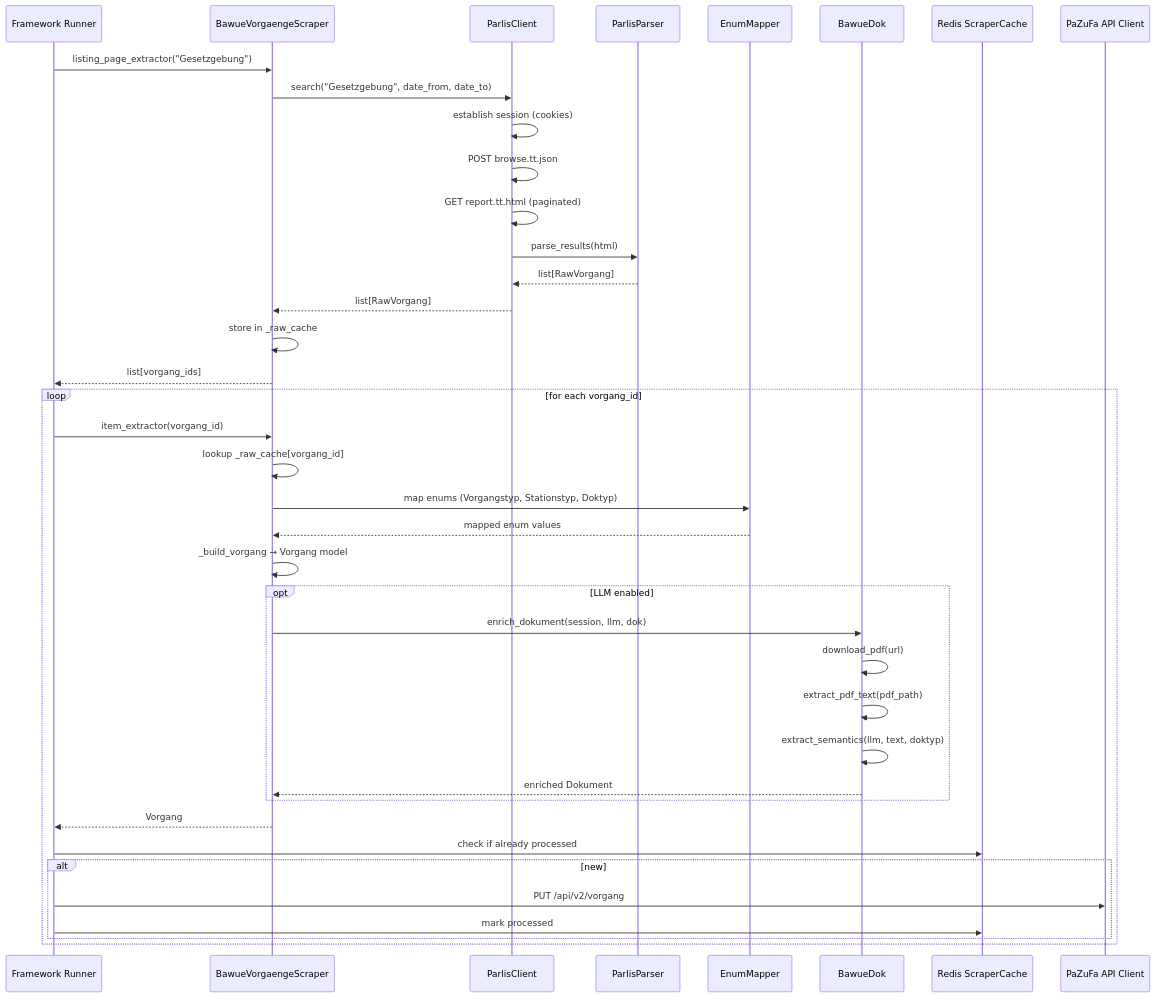
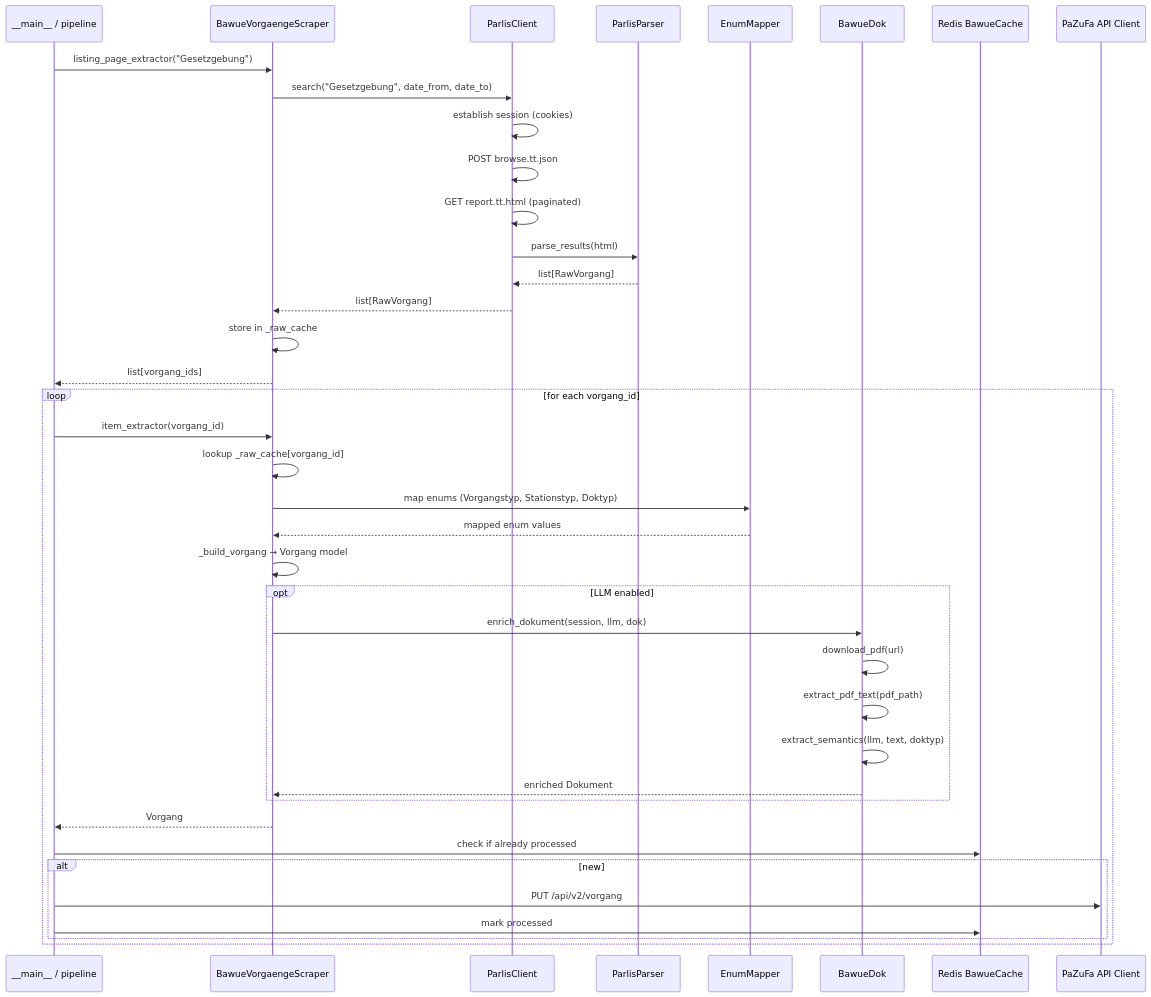
The fourth of 4 diagrams in docs/architecture.md (Parlamentszusammenfasser/pazufa-scraper-bw), drawn with Mermaid before and after one commit. The commit also changed other lines of this file and 9 other files, not shown here.

````diff
--- a/docs/architecture.md
+++ b/docs/architecture.md
@@ -280,46 +281,46 @@
 ```mermaid
 sequenceDiagram
-    participant FW as Framework Runner
+    participant FW as __main__ / pipeline
     participant BVS as BawueVorgaengeScraper
     participant PC as ParlisClient
     participant PP as ParlisParser
     participant EM as EnumMapper
     participant BDK as BawueDok
-    participant Cache as Redis ScraperCache
+    participant Cache as Redis BawueCache
     participant API as PaZuFa API Client
 
     FW->>BVS: listing_page_extractor("Gesetzgebung")
     BVS->>PC: search("Gesetzgebung", date_from, date_to)
     PC->>PC: establish session (cookies)
     PC->>PC: POST browse.tt.json
     PC->>PC: GET report.tt.html (paginated)
     PC->>PP: parse_results(html)
     PP-->>PC: list[RawVorgang]
     PC-->>BVS: list[RawVorgang]
     BVS->>BVS: store in _raw_cache
     BVS-->>FW: list[vorgang_ids]
 
     loop for each vorgang_id
         FW->>BVS: item_extractor(vorgang_id)
         BVS->>BVS: lookup _raw_cache[vorgang_id]
         BVS->>EM: map enums (Vorgangstyp, Stationstyp, Doktyp)
         EM-->>BVS: mapped enum values
         BVS->>BVS: _build_vorgang → Vorgang model
 
         opt LLM enabled
             BVS->>BDK: enrich_dokument(session, llm, dok)
             BDK->>BDK: download_pdf(url)
             BDK->>BDK: extract_pdf_text(pdf_path)
             BDK->>BDK: extract_semantics(llm, text, doktyp)
             BDK-->>BVS: enriched Dokument
         end
 
         BVS-->>FW: Vorgang
 
         FW->>Cache: check if already processed
         alt new
             FW->>API: PUT /api/v2/vorgang
             FW->>Cache: mark processed
         end
     end
 ```
````
